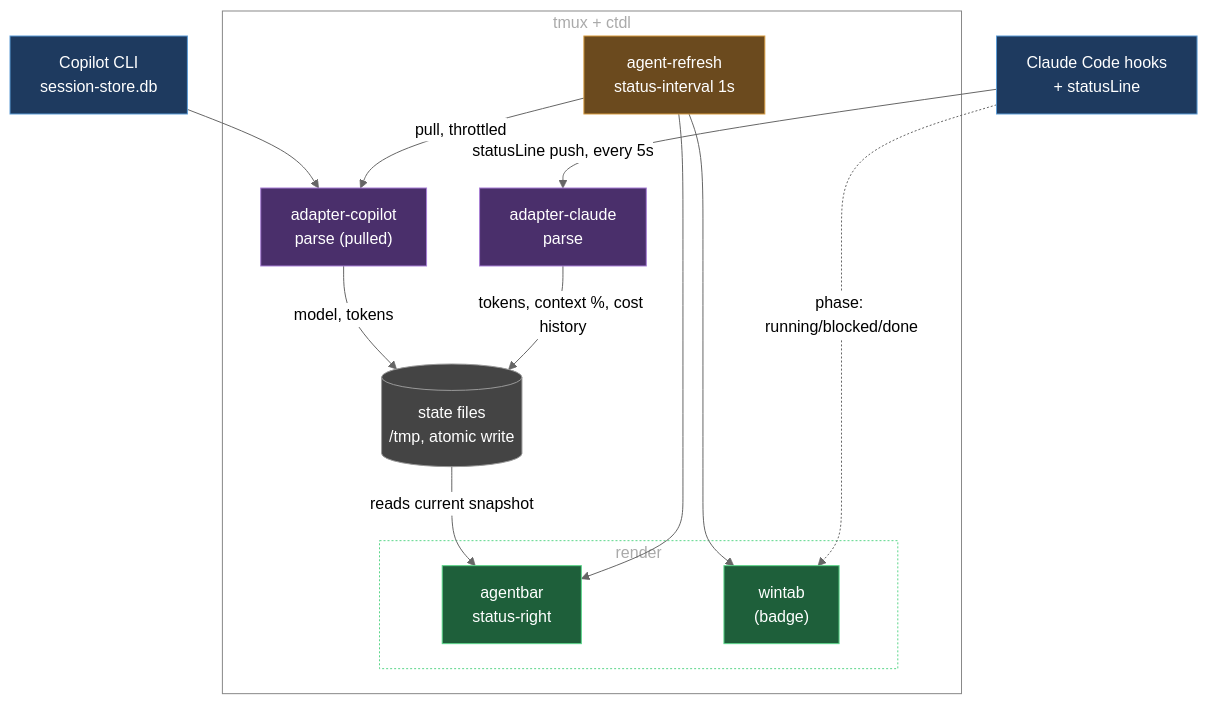
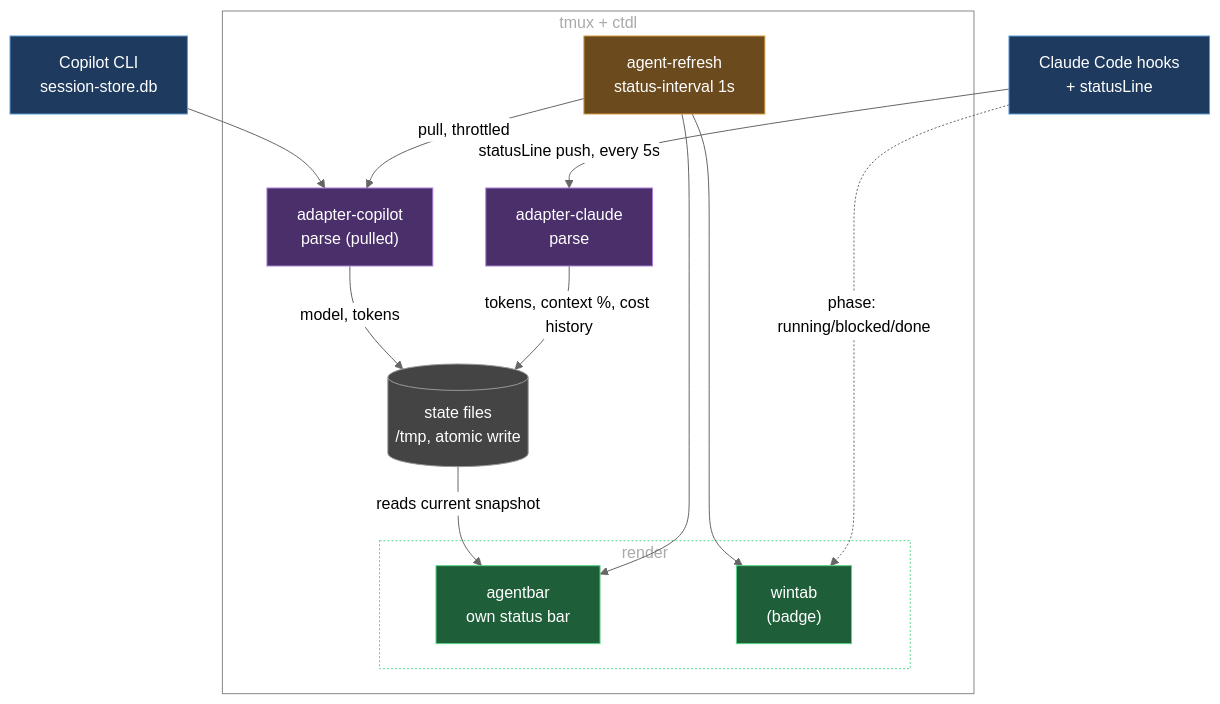
One commit to marcintk/tmux-ctdl changed the diagram in README.md. Above: the diagram before and after it, drawn with Mermaid (neutral theme). The commit also changed other lines of this file, not shown here.

First line of the commit message:
docs: correct agentbar description — its own status bar line, not status-right

````diff
--- a/README.md
+++ b/README.md
@@ -110,36 +113,36 @@
 ```mermaid
 graph TD
   claude["Claude Code hooks<br/>+ statusLine"]:::src
   copilot["Copilot CLI<br/>session-store.db"]:::src
 
   subgraph ctdl["tmux + ctdl"]
     tick["agent-refresh<br/>status-interval 1s"]:::sched
     adapterClaude["adapter-claude<br/>parse"]:::adapter
     adapterCopilot["adapter-copilot<br/>parse (pulled)"]:::adapter
     state[("state files<br/>/tmp, atomic write")]:::store
     subgraph render["render"]
-      agentbar["agentbar<br/>status-right"]:::out
+      agentbar["agentbar<br/>own status bar"]:::out
       wintab["wintab<br/>(badge)"]:::out
     end
   end
 
   claude -- statusLine push, every 5s --> adapterClaude
   tick -- pull, throttled --> adapterCopilot
   copilot --> adapterCopilot
 
   adapterClaude -- tokens, context %, cost history --> state
   adapterCopilot -- model, tokens --> state
   claude -. phase: running/blocked/done .-> wintab
 
   tick --> agentbar
   tick --> wintab
   state -- reads current snapshot --> agentbar
 
   classDef src fill:#1e3a5f,stroke:#5b9bd5,color:#fff
   classDef adapter fill:#4a2f6b,stroke:#a97fd6,color:#fff
   classDef store fill:#444,stroke:#999,color:#fff
   classDef sched fill:#6b4a1e,stroke:#d69a3f,color:#fff
   classDef out fill:#1e5f3a,stroke:#5bd68a,color:#fff
   style ctdl fill:none,stroke:#888,color:#aaa
   style render fill:none,stroke:#5bd68a,stroke-dasharray:2 2,color:#aaa
 ```
````
